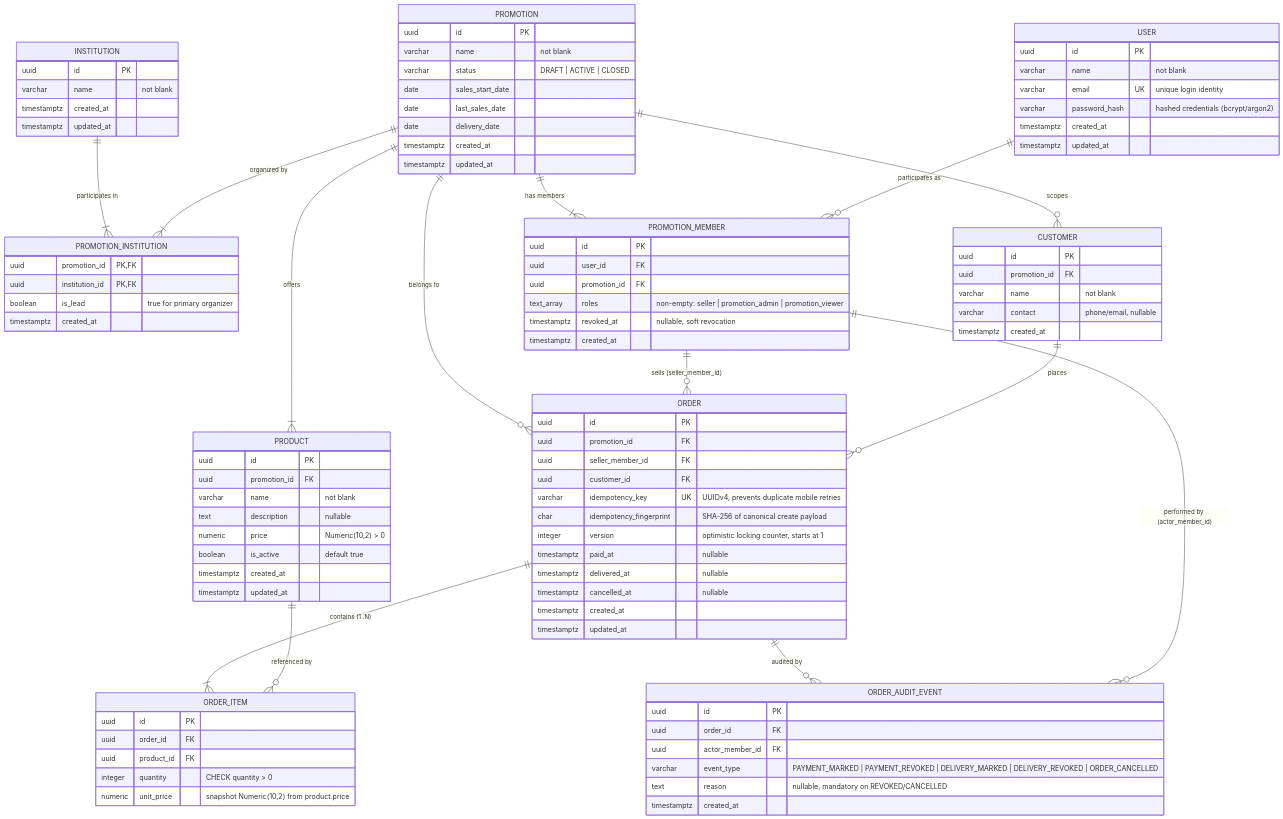
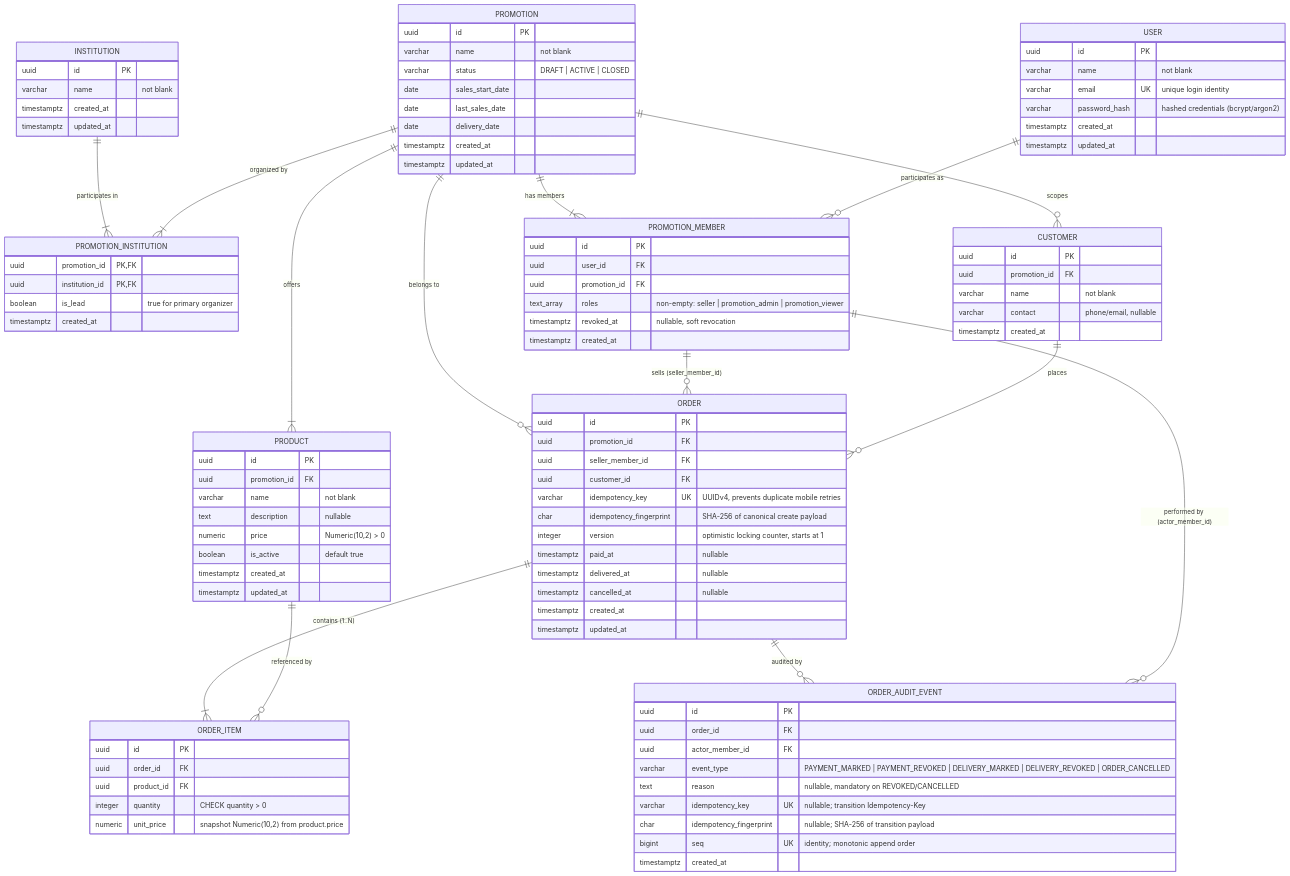
The diagram in docs/erm.md (GuDiasOliveira/promoledger), drawn with Mermaid before and after one commit. The commit also changed other lines of this file and 19 other files, not shown here.

````diff
--- a/docs/erm.md
+++ b/docs/erm.md
@@ -117,6 +117,9 @@
         uuid actor_member_id FK
         varchar event_type "PAYMENT_MARKED | PAYMENT_REVOKED | DELIVERY_MARKED | DELIVERY_REVOKED | ORDER_CANCELLED"
         text reason "nullable, mandatory on REVOKED/CANCELLED"
+        varchar idempotency_key UK "nullable; transition Idempotency-Key"
+        char idempotency_fingerprint "nullable; SHA-256 of transition payload"
+        bigint seq UK "identity; monotonic append order"
         timestamptz created_at
     }
 ```
````
